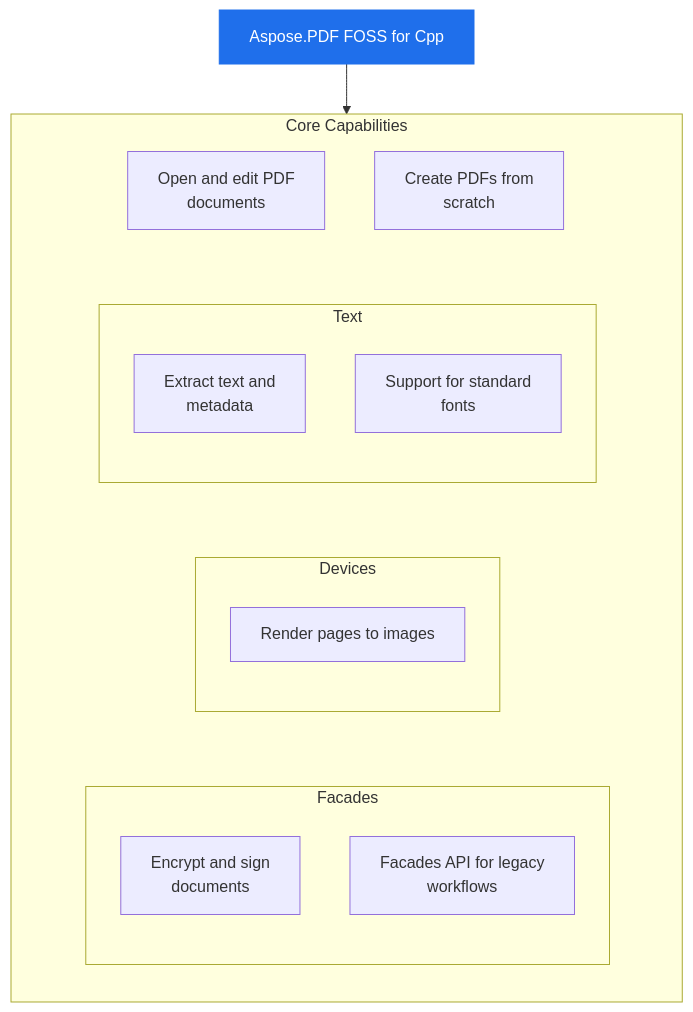
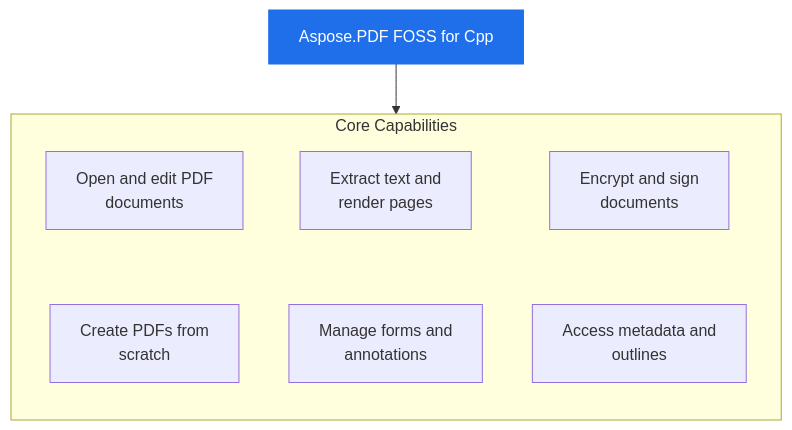
One commit to babar-raza/repo-presenter changed the diagram in 4b83c9fec1e37fd205156770161f6843bac00ceb/README.md. Above: the diagram before and after it, drawn with Mermaid. The commit also changed other lines of this file and 10 other files, not shown here.

````diff
--- a/4b83c9fec1e37fd205156770161f6843bac00ceb/README.md
+++ b/4b83c9fec1e37fd205156770161f6843bac00ceb/README.md
@@ -36,30 +36,19 @@
 ```mermaid
 flowchart TB
   PRODUCT["Aspose.PDF FOSS for Cpp"]
   subgraph Capabilities["Core Capabilities"]
     direction TB
     c1["Open and edit PDF<br/>documents"]
-    c5["Create PDFs from<br/>scratch"]
-    subgraph cg1["Text"]
-      direction TB
-      c2["Extract text and<br/>metadata"]
-      c6["Support for standard<br/>fonts"]
-    end
-    subgraph cg2["Devices"]
-      direction TB
-      c3["Render pages to images"]
-    end
-    subgraph cg3["Facades"]
-      direction TB
-      c4["Encrypt and sign<br/>documents"]
-      c7["Facades API for legacy<br/>workflows"]
-    end
-    c1 ~~~ cg1
-    c5 ~~~ cg1
-    cg1 ~~~ cg2
-    cg2 ~~~ cg3
+    c2["Extract text and<br/>render pages"]
+    c3["Encrypt and sign<br/>documents"]
+    c4["Create PDFs from<br/>scratch"]
+    c5["Manage forms and<br/>annotations"]
+    c6["Access metadata and<br/>outlines"]
+    c1 ~~~ c4
+    c2 ~~~ c5
+    c3 ~~~ c6
   end
   PRODUCT --> Capabilities
   classDef product fill:#1f6feb,stroke:#1f6feb,color:#ffffff
   class PRODUCT product
 ```
````
